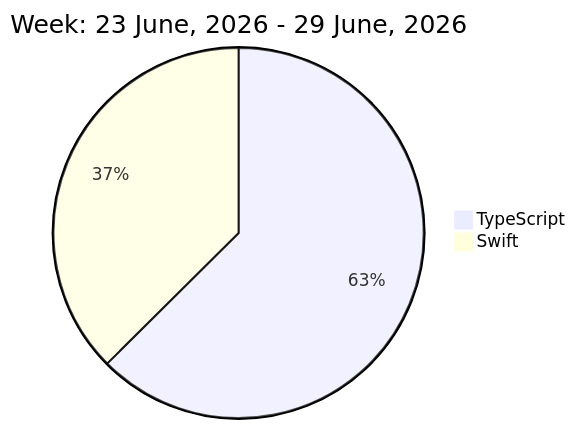
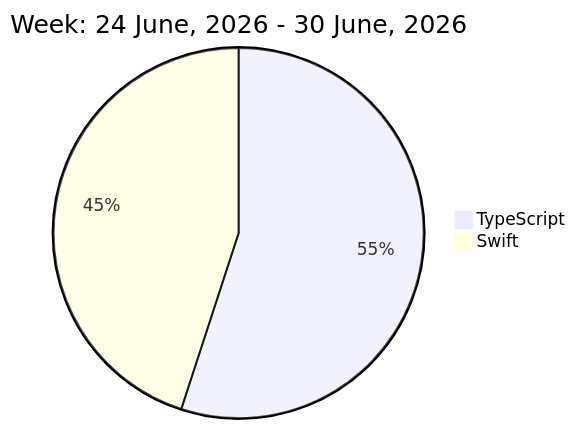
The diagram in README.md (liubin95/liubin95), drawn with Mermaid before and after one commit.

Commit message:
Updated the Graph with new Metrics

````diff
--- a/README.md
+++ b/README.md
@@ -32,6 +32,6 @@
 ```mermaid
  pie
-title Week: 23 June, 2026 - 29 June, 2026
- "TypeScript" : 8.47
+title Week: 24 June, 2026 - 30 June, 2026
+ "TypeScript" : 6.2
  "Swift" : 5.07
 ```
````
